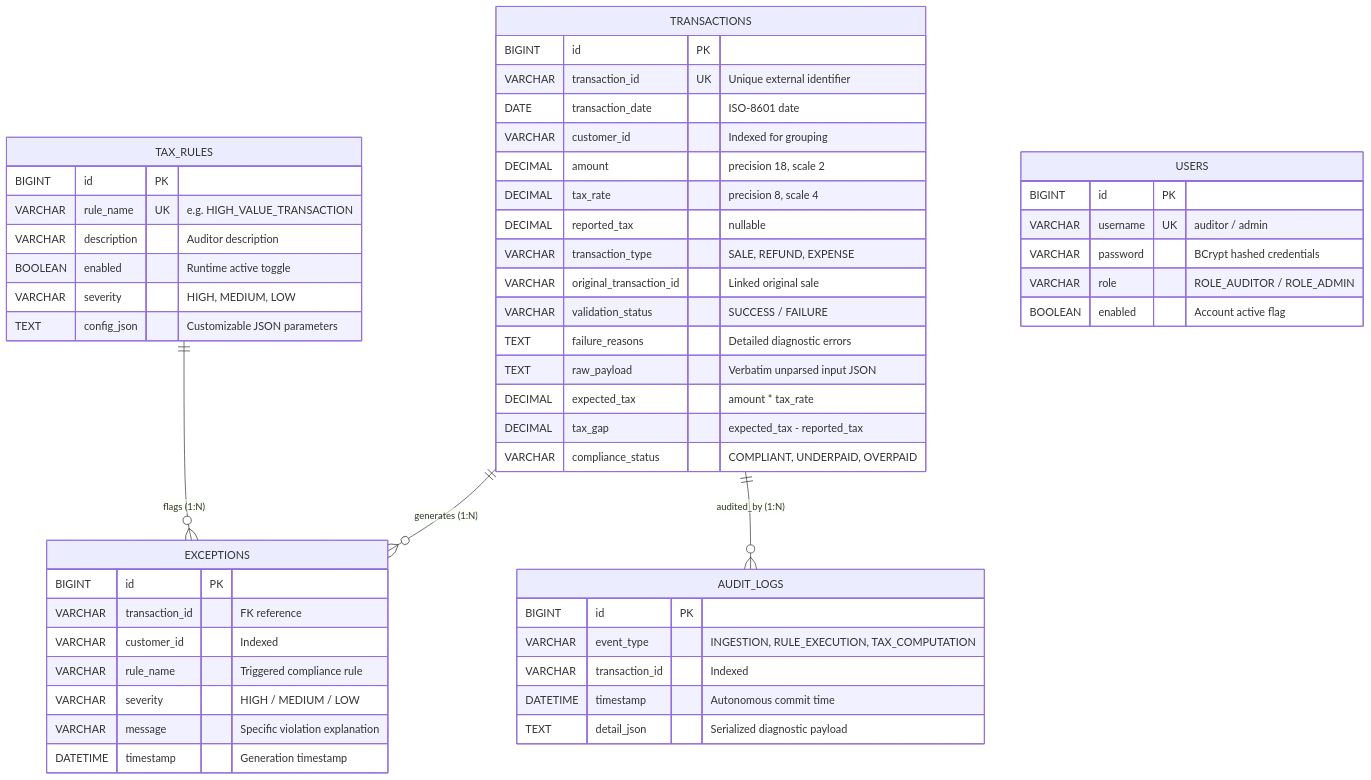
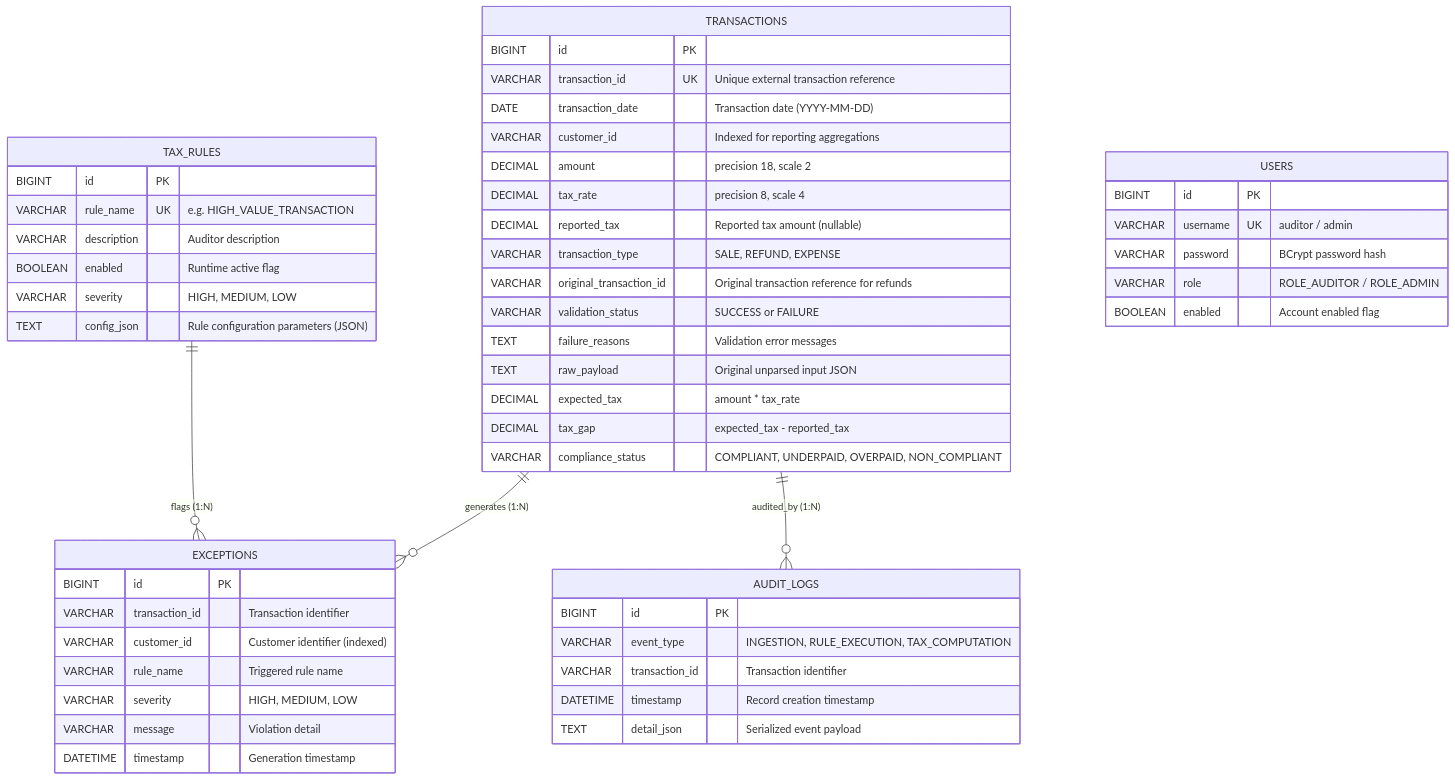
Before and after one commit to Abhishekkkkkkkkkkk/tax-gap-detection-service: the diagram in README.md, drawn with Mermaid. The commit also changed other lines of this file, not shown here.

````diff
--- a/README.md
+++ b/README.md
@@ -274,59 +423,59 @@
 ```mermaid
 erDiagram
     TRANSACTIONS ||--o{ EXCEPTIONS : "generates (1:N)"
     TRANSACTIONS ||--o{ AUDIT_LOGS : "audited_by (1:N)"
     TAX_RULES ||--o{ EXCEPTIONS : "flags (1:N)"
 
     TRANSACTIONS {
         BIGINT id PK
-        VARCHAR transaction_id UK "Unique external identifier"
-        DATE transaction_date "ISO-8601 date"
-        VARCHAR customer_id "Indexed for grouping"
+        VARCHAR transaction_id UK "Unique external transaction reference"
+        DATE transaction_date "Transaction date (YYYY-MM-DD)"
+        VARCHAR customer_id "Indexed for reporting aggregations"
         DECIMAL amount "precision 18, scale 2"
         DECIMAL tax_rate "precision 8, scale 4"
-        DECIMAL reported_tax "nullable"
+        DECIMAL reported_tax "Reported tax amount (nullable)"
         VARCHAR transaction_type "SALE, REFUND, EXPENSE"
-        VARCHAR original_transaction_id "Linked original sale"
-        VARCHAR validation_status "SUCCESS / FAILURE"
-        TEXT failure_reasons "Detailed diagnostic errors"
-        TEXT raw_payload "Verbatim unparsed input JSON"
+        VARCHAR original_transaction_id "Original transaction reference for refunds"
+        VARCHAR validation_status "SUCCESS or FAILURE"
+        TEXT failure_reasons "Validation error messages"
+        TEXT raw_payload "Original unparsed input JSON"
         DECIMAL expected_tax "amount * tax_rate"
         DECIMAL tax_gap "expected_tax - reported_tax"
-        VARCHAR compliance_status "COMPLIANT, UNDERPAID, OVERPAID"
+        VARCHAR compliance_status "COMPLIANT, UNDERPAID, OVERPAID, NON_COMPLIANT"
     }
 
     TAX_RULES {
         BIGINT id PK
         VARCHAR rule_name UK "e.g. HIGH_VALUE_TRANSACTION"
         VARCHAR description "Auditor description"
-        BOOLEAN enabled "Runtime active toggle"
+        BOOLEAN enabled "Runtime active flag"
         VARCHAR severity "HIGH, MEDIUM, LOW"
-        TEXT config_json "Customizable JSON parameters"
+        TEXT config_json "Rule configuration parameters (JSON)"
     }
 
     EXCEPTIONS {
         BIGINT id PK
-        VARCHAR transaction_id "FK reference"
-        VARCHAR customer_id "Indexed"
-        VARCHAR rule_name "Triggered compliance rule"
-        VARCHAR severity "HIGH / MEDIUM / LOW"
-        VARCHAR message "Specific violation explanation"
+        VARCHAR transaction_id "Transaction identifier"
+        VARCHAR customer_id "Customer identifier (indexed)"
+        VARCHAR rule_name "Triggered rule name"
+        VARCHAR severity "HIGH, MEDIUM, LOW"
+        VARCHAR message "Violation detail"
         DATETIME timestamp "Generation timestamp"
     }
 
     AUDIT_LOGS {
         BIGINT id PK
         VARCHAR event_type "INGESTION, RULE_EXECUTION, TAX_COMPUTATION"
-        VARCHAR transaction_id "Indexed"
-        DATETIME timestamp "Autonomous commit time"
-        TEXT detail_json "Serialized diagnostic payload"
+        VARCHAR transaction_id "Transaction identifier"
+        DATETIME timestamp "Record creation timestamp"
+        TEXT detail_json "Serialized event payload"
     }
 
     USERS {
         BIGINT id PK
         VARCHAR username UK "auditor / admin"
-        VARCHAR password "BCrypt hashed credentials"
+        VARCHAR password "BCrypt password hash"
         VARCHAR role "ROLE_AUDITOR / ROLE_ADMIN"
-        BOOLEAN enabled "Account active flag"
+        BOOLEAN enabled "Account enabled flag"
     }
 ```
````
